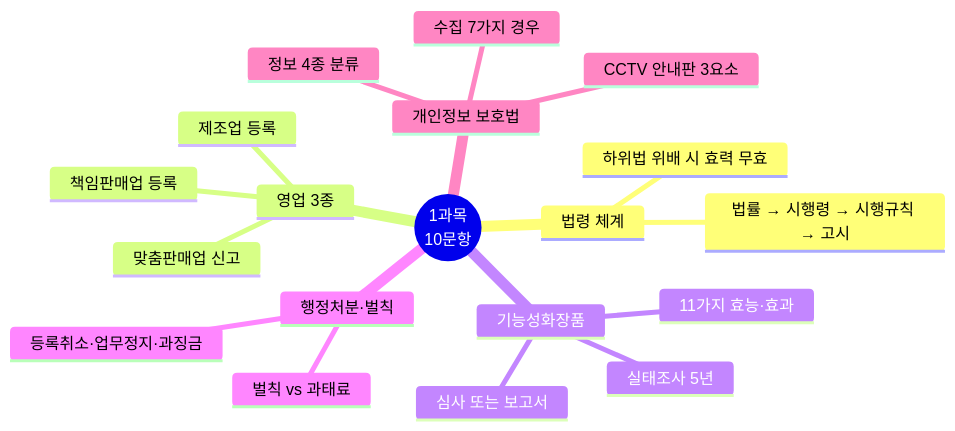
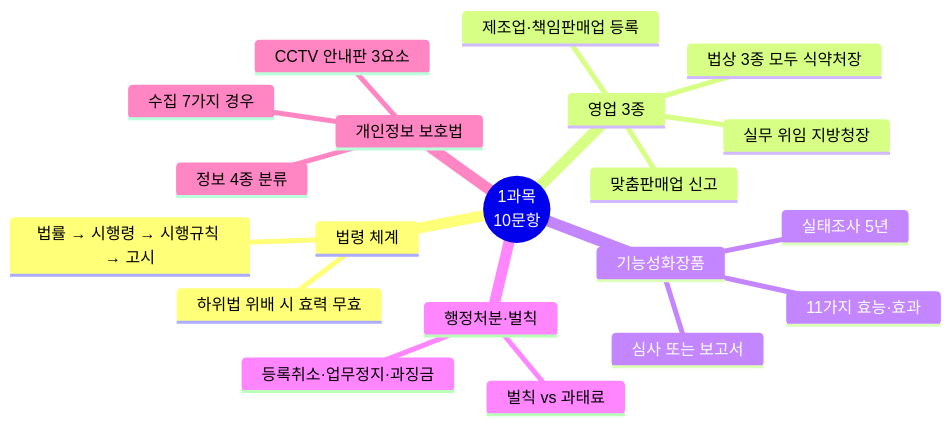
One commit to skygoldlee-cyber/Personalized_Skincare changed the first of 3 diagrams in content/참조자료/과목1/핵심정리_10문항.md. Above: the diagram before and after it, drawn with Mermaid. The commit also changed other lines of this file and 10 other files, not shown here.

````diff
--- a/content/참조자료/과목1/핵심정리_10문항.md
+++ b/content/참조자료/과목1/핵심정리_10문항.md
@@ -10,22 +10,23 @@
 ```mermaid
 mindmap
   root((1과목<br/>10문항))
     법령 체계
       법률 → 시행령 → 시행규칙 → 고시
       하위법 위배 시 효력 무효
     영업 3종
-      제조업 등록
-      책임판매업 등록
+      법상 3종 모두 식약처장
+      실무 위임 지방청장
+      제조업·책임판매업 등록
       맞춤판매업 신고
     기능성화장품
       11가지 효능·효과
       심사 또는 보고서
       실태조사 5년
     행정처분·벌칙
       등록취소·업무정지·과징금
       벌칙 vs 과태료
     개인정보 보호법
       정보 4종 분류
       수집 7가지 경우
       CCTV 안내판 3요소
 ```
````
